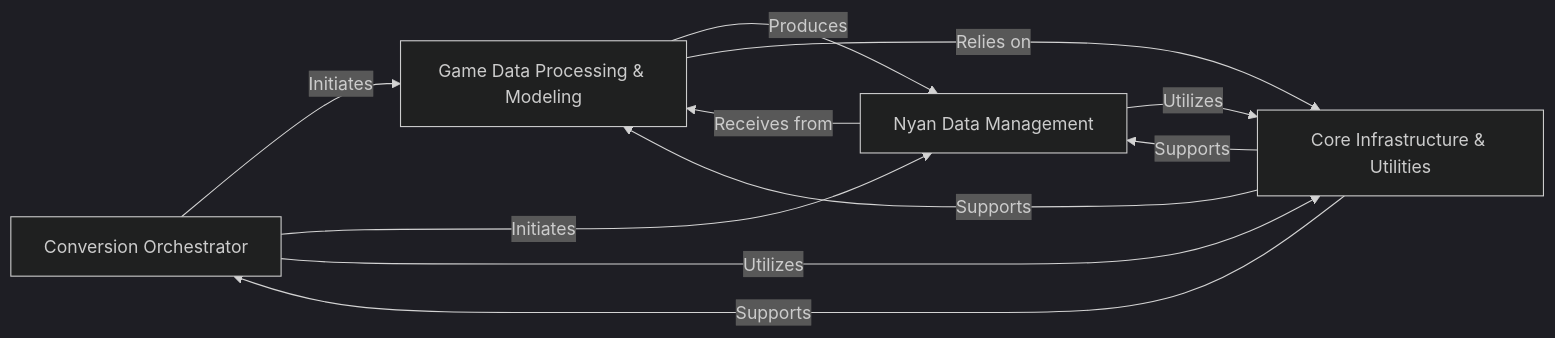
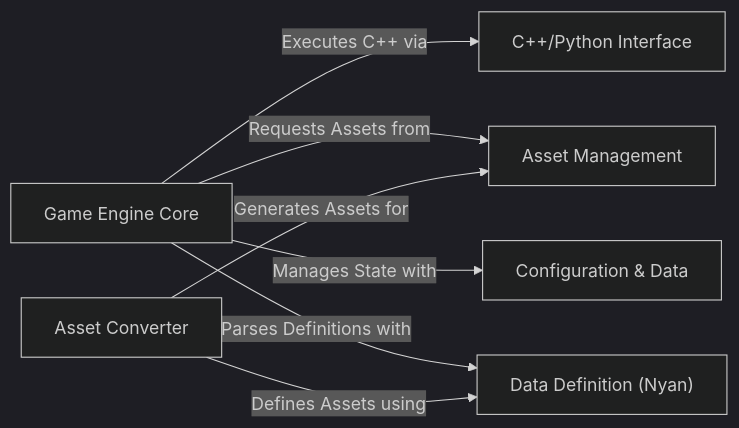
The diagram in openage/on_boarding.md (CodeBoarding/GeneratedOnBoardings), drawn with Mermaid (dark theme) before and after one commit. The commit also changed other lines of this file and 9 other files, not shown here.

````diff
--- a/openage/on_boarding.md
+++ b/openage/on_boarding.md
@@ -1,21 +1,20 @@
 ```mermaid
 graph LR
-    Conversion_Orchestrator["Conversion Orchestrator"]
-    Game_Data_Processing_Modeling["Game Data Processing & Modeling"]
-    Nyan_Data_Management["Nyan Data Management"]
-    Core_Infrastructure_Utilities["Core Infrastructure & Utilities"]
-    Conversion_Orchestrator -- "Initiates" --> Game_Data_Processing_Modeling
-    Conversion_Orchestrator -- "Initiates" --> Nyan_Data_Management
-    Conversion_Orchestrator -- "Utilizes" --> Core_Infrastructure_Utilities
-    Game_Data_Processing_Modeling -- "Produces" --> Nyan_Data_Management
-    Game_Data_Processing_Modeling -- "Relies on" --> Core_Infrastructure_Utilities
-    Nyan_Data_Management -- "Receives from" --> Game_Data_Processing_Modeling
-    Nyan_Data_Management -- "Utilizes" --> Core_Infrastructure_Utilities
-    Core_Infrastructure_Utilities -- "Supports" --> Conversion_Orchestrator
-    Core_Infrastructure_Utilities -- "Supports" --> Game_Data_Processing_Modeling
-    Core_Infrastructure_Utilities -- "Supports" --> Nyan_Data_Management
-    click Conversion_Orchestrator href "https://github.com/CodeBoarding/GeneratedOnBoardings/blob/main//openage/Conversion_Orchestrator.md" "Details"
-    click Game_Data_Processing_Modeling href "https://github.com/CodeBoarding/GeneratedOnBoardings/blob/main//openage/Game_Data_Processing_Modeling.md" "Details"
-    click Nyan_Data_Management href "https://github.com/CodeBoarding/GeneratedOnBoardings/blob/main//openage/Nyan_Data_Management.md" "Details"
-    click Core_Infrastructure_Utilities href "https://github.com/CodeBoarding/GeneratedOnBoardings/blob/main//openage/Core_Infrastructure_Utilities.md" "Details"
+    Game_Engine_Core["Game Engine Core"]
+    C_Python_Interface["C++/Python Interface"]
+    Asset_Management["Asset Management"]
+    Data_Definition_Nyan_["Data Definition (Nyan)"]
+    Asset_Converter["Asset Converter"]
+    Configuration_Data["Configuration & Data"]
+    Game_Engine_Core -- "Executes C++ via" --> C_Python_Interface
+    Game_Engine_Core -- "Requests Assets from" --> Asset_Management
+    Game_Engine_Core -- "Manages State with" --> Configuration_Data
+    Game_Engine_Core -- "Parses Definitions with" --> Data_Definition_Nyan_
+    Asset_Converter -- "Generates Assets for" --> Asset_Management
+    Asset_Converter -- "Defines Assets using" --> Data_Definition_Nyan_
+    click Game_Engine_Core href "https://github.com/CodeBoarding/GeneratedOnBoardings/blob/main/openage/Game_Engine_Core.md" "Details"
+    click C_Python_Interface href "https://github.com/CodeBoarding/GeneratedOnBoardings/blob/main/openage/C_Python_Interface.md" "Details"
+    click Data_Definition_Nyan_ href "https://github.com/CodeBoarding/GeneratedOnBoardings/blob/main/openage/Data_Definition_Nyan_.md" "Details"
+    click Asset_Converter href "https://github.com/CodeBoarding/GeneratedOnBoardings/blob/main/openage/Asset_Converter.md" "Details"
+    click Configuration_Data href "https://github.com/CodeBoarding/GeneratedOnBoardings/blob/main/openage/Configuration_Data.md" "Details"
 ```
````
